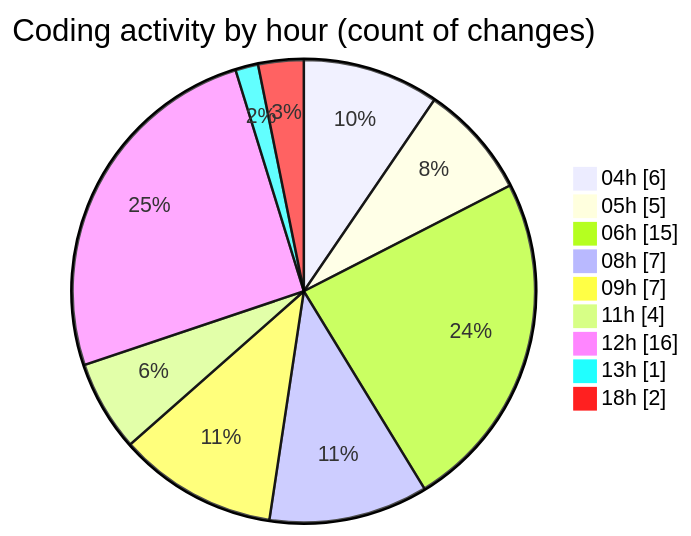
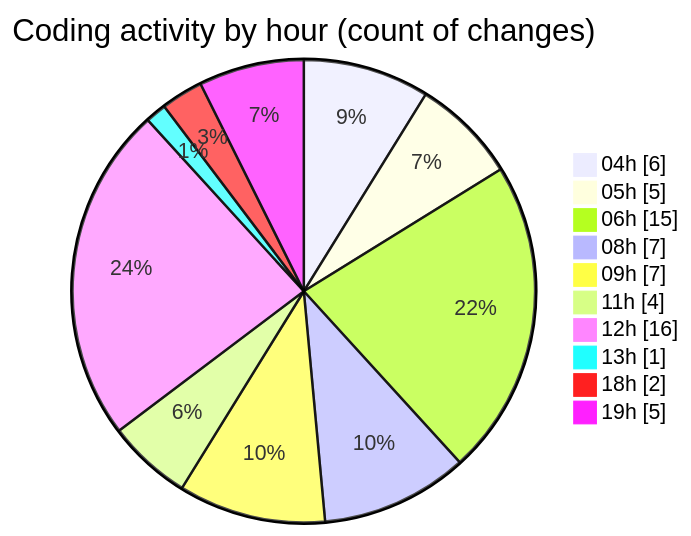
One commit to vahidmafi/code-tracking changed the second of 2 diagrams in 2025-03-23/zeytoon/README.md. Above: the diagram before and after it, drawn with Mermaid. The commit also changed other lines of this file and 1 other file, not shown here.

````diff
--- a/2025-03-23/zeytoon/README.md
+++ b/2025-03-23/zeytoon/README.md
@@ -45,13 +46,14 @@
 ```mermaid
 pie showData
 title Coding activity by hour (count of changes)
 "04h" : 6
 "05h" : 5
 "06h" : 15
 "08h" : 7
 "09h" : 7
 "11h" : 4
 "12h" : 16
 "13h" : 1
 "18h" : 2
+"19h" : 5
 ```
````
